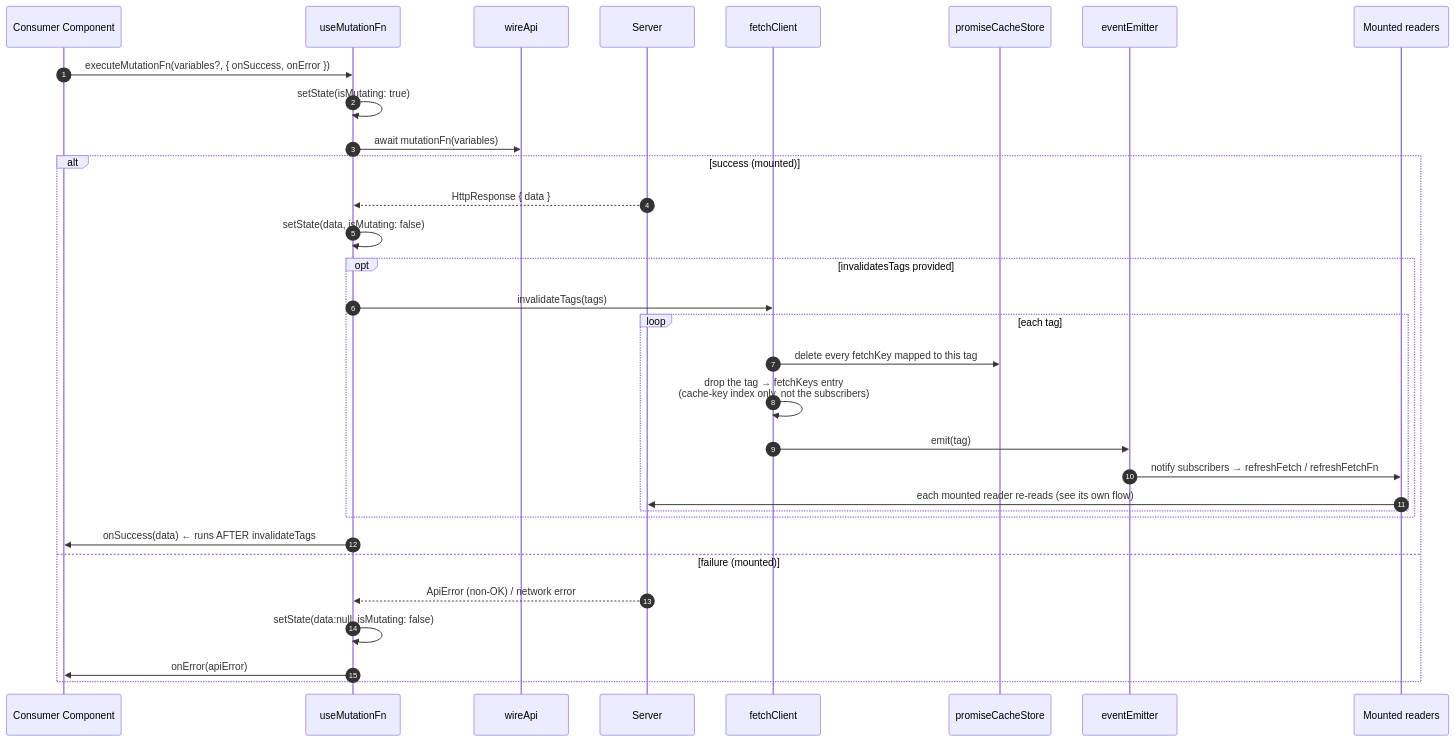
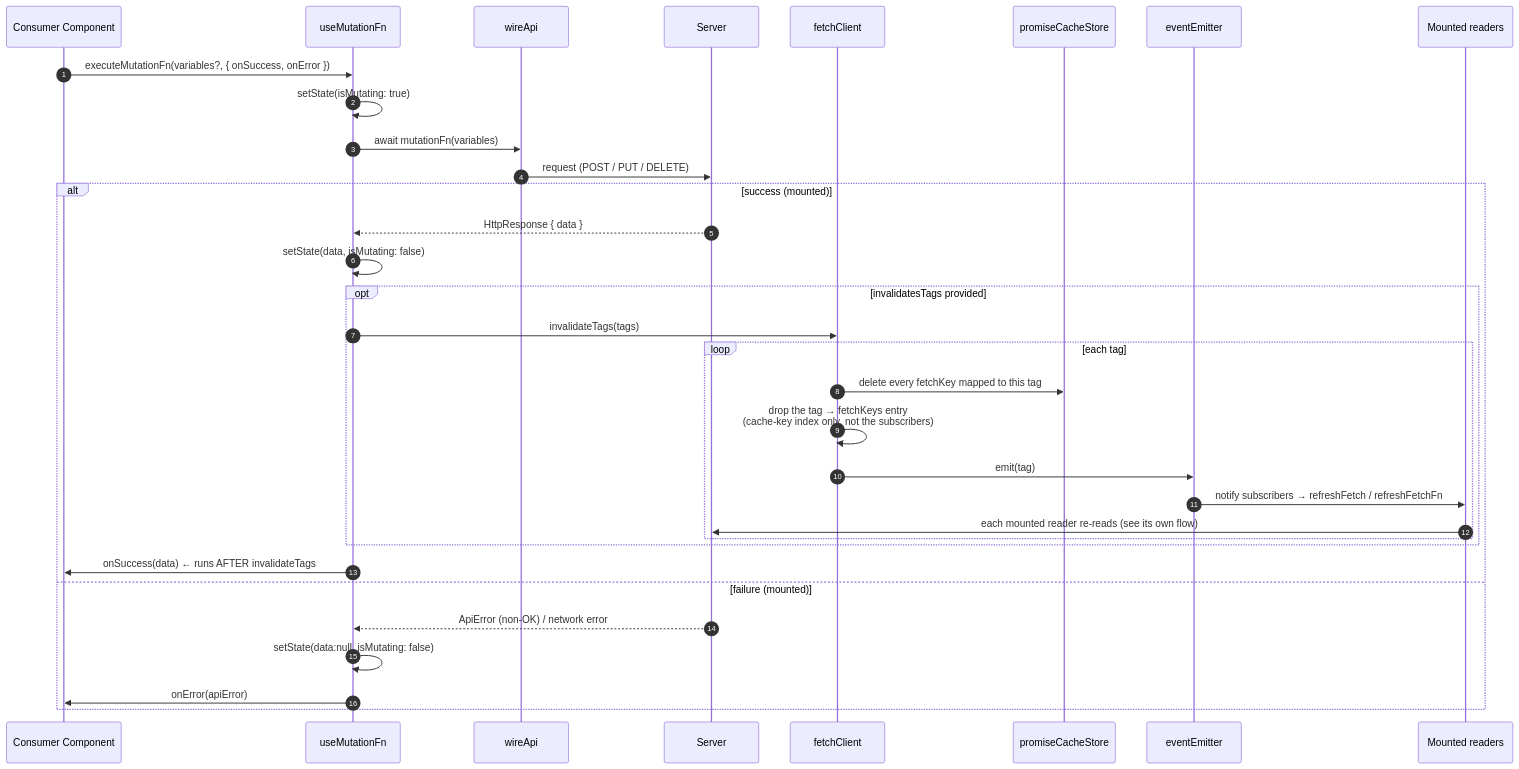
One commit to chuhaiphu/fetchwire changed the second of 3 diagrams in docs/architecture/USE-MUTATION-FN-FLOW.md. Above: the diagram before and after it, drawn with Mermaid. The commit also changed 13 other files, not shown here.

````diff
--- a/docs/architecture/USE-MUTATION-FN-FLOW.md
+++ b/docs/architecture/USE-MUTATION-FN-FLOW.md
@@ -36,37 +36,38 @@
 ```mermaid
 sequenceDiagram
     autonumber
     participant Cmp as Consumer Component
     participant H as useMutationFn
     participant Wire as wireApi
     participant API as Server
     participant FC as fetchClient
     participant Cache as promiseCacheStore
     participant EM as eventEmitter
     participant RD as Mounted readers
 
     Cmp->>H: executeMutationFn(variables?, { onSuccess, onError })
     H->>H: setState(isMutating: true)
 
     H->>Wire: await mutationFn(variables)
+    Wire->>API: request (POST / PUT / DELETE)
 
     alt success (mounted)
         API-->>H: HttpResponse { data }
         H->>H: setState(data, isMutating: false)
         opt invalidatesTags provided
             H->>FC: invalidateTags(tags)
             loop each tag
                 FC->>Cache: delete every fetchKey mapped to this tag
                 FC->>FC: drop the tag → fetchKeys entry<br/>(cache-key index only, not the subscribers)
                 FC->>EM: emit(tag)
                 EM->>RD: notify subscribers → refreshFetch / refreshFetchFn
                 RD->>API: each mounted reader re-reads (see its own flow)
             end
         end
         H->>Cmp: onSuccess(data)   ← runs AFTER invalidateTags
     else failure (mounted)
         API-->>H: ApiError (non-OK) / network error
         H->>H: setState(data:null, isMutating: false)
         H->>Cmp: onError(apiError)
     end
 ```
````
